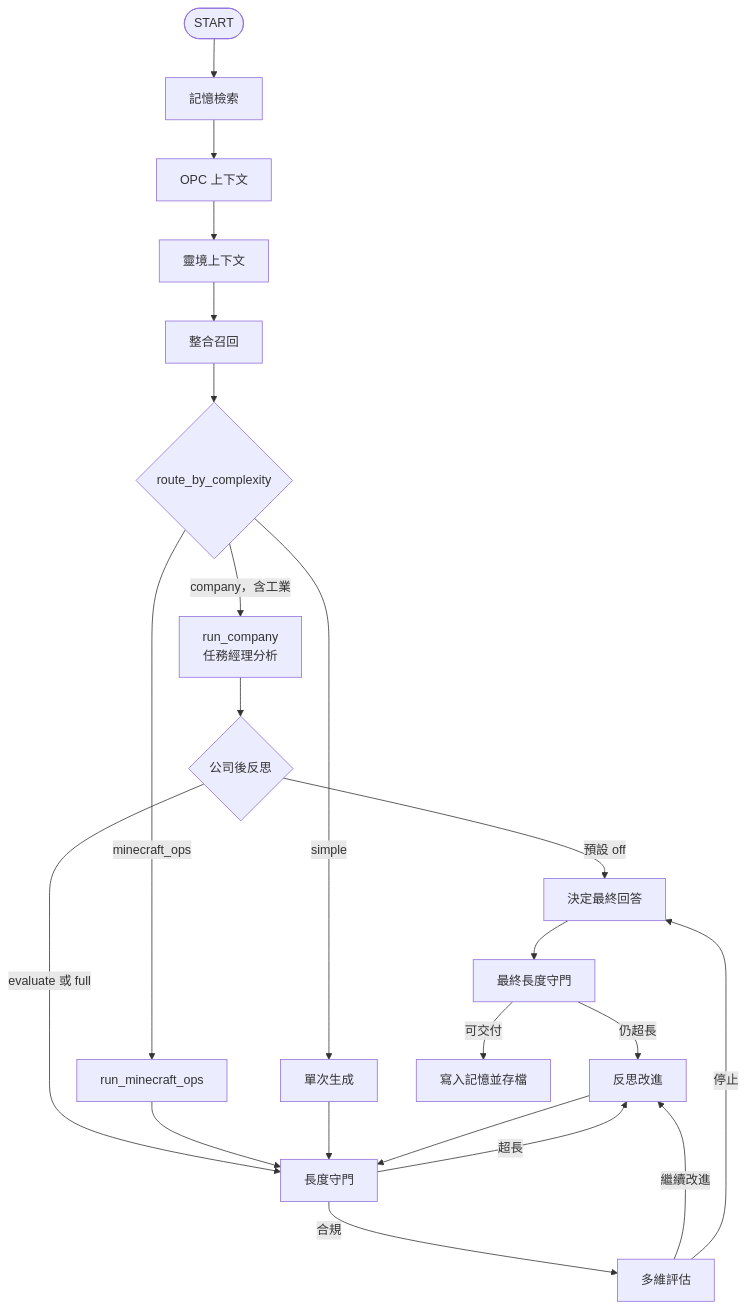
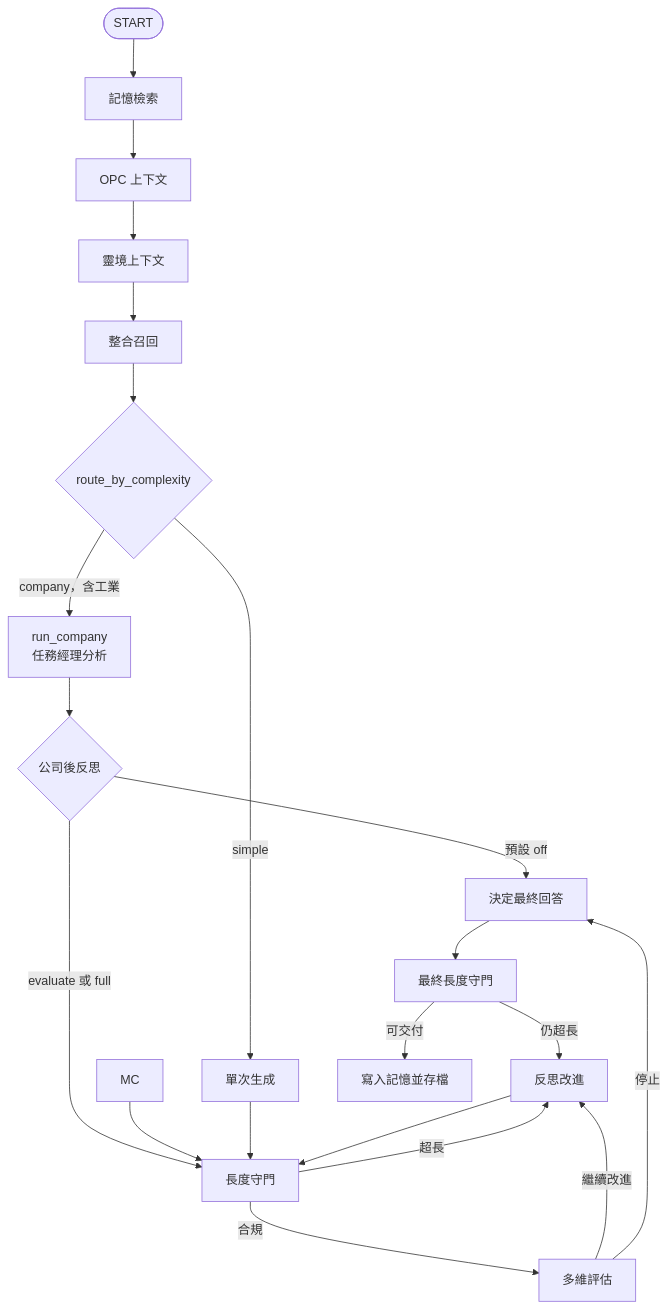
One commit to iiooiioo888/Linkin changed the diagram in README.md. Above: the diagram before and after it, drawn with Mermaid. The commit also changed other lines of this file and 190 other files, not shown here.

````diff
--- a/README.md
+++ b/README.md
@@ -97,24 +94,23 @@
 ```mermaid
 flowchart TD
     START([START]) --> RM[記憶檢索]
     RM --> OPC[OPC 上下文]
     OPC --> LK[靈境上下文]
     LK --> RC[整合召回]
     RC --> ROUTE{route_by_complexity}
     ROUTE -->|company，含工業| RUN[run_company<br/>任務經理分析]
-    ROUTE -->|minecraft_ops| MC[run_minecraft_ops]
     ROUTE -->|simple| GEN[單次生成]
     RUN --> GATE{公司後反思}
     GATE -->|預設 off| DEC[決定最終回答]
     GATE -->|evaluate 或 full| LEN[長度守門]
     MC --> LEN
     GEN --> LEN
     LEN -->|超長| REFL[反思改進]
     LEN -->|合規| EVAL[多維評估]
     EVAL -->|繼續改進| REFL
     EVAL -->|停止| DEC
     REFL --> LEN
     DEC --> FIN[最終長度守門]
     FIN -->|仍超長| REFL
     FIN -->|可交付| SAVE[寫入記憶並存檔]
 ```
````
